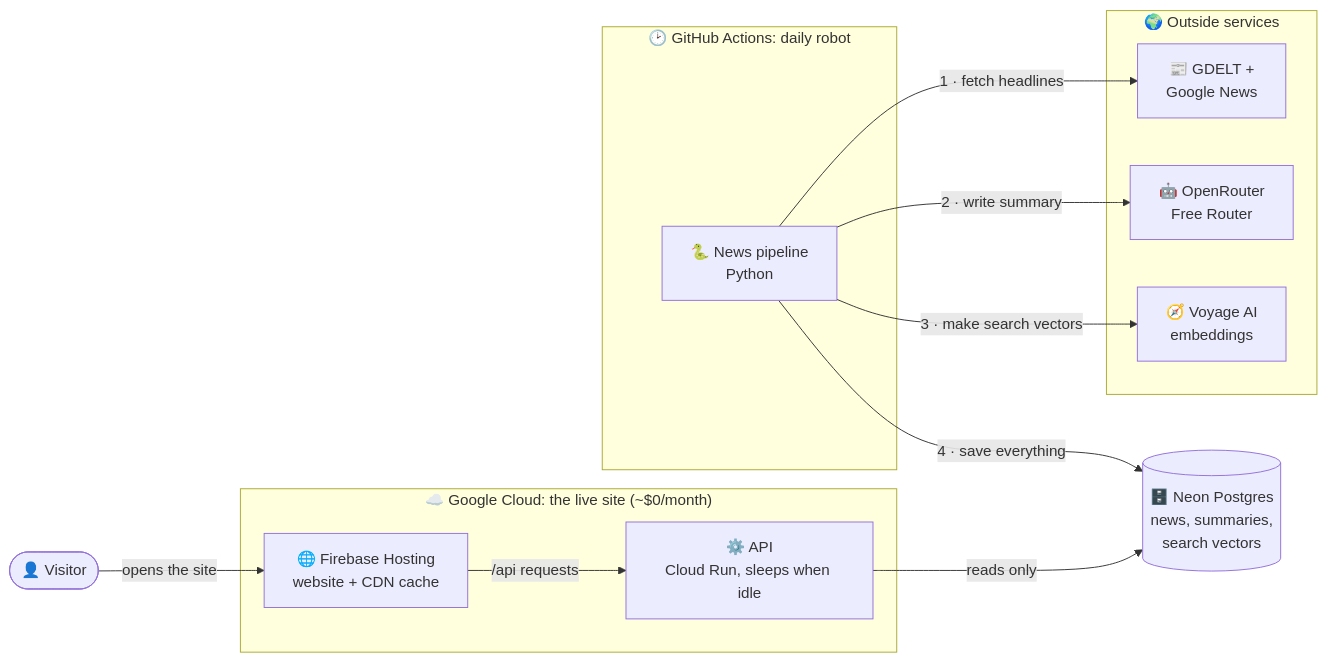
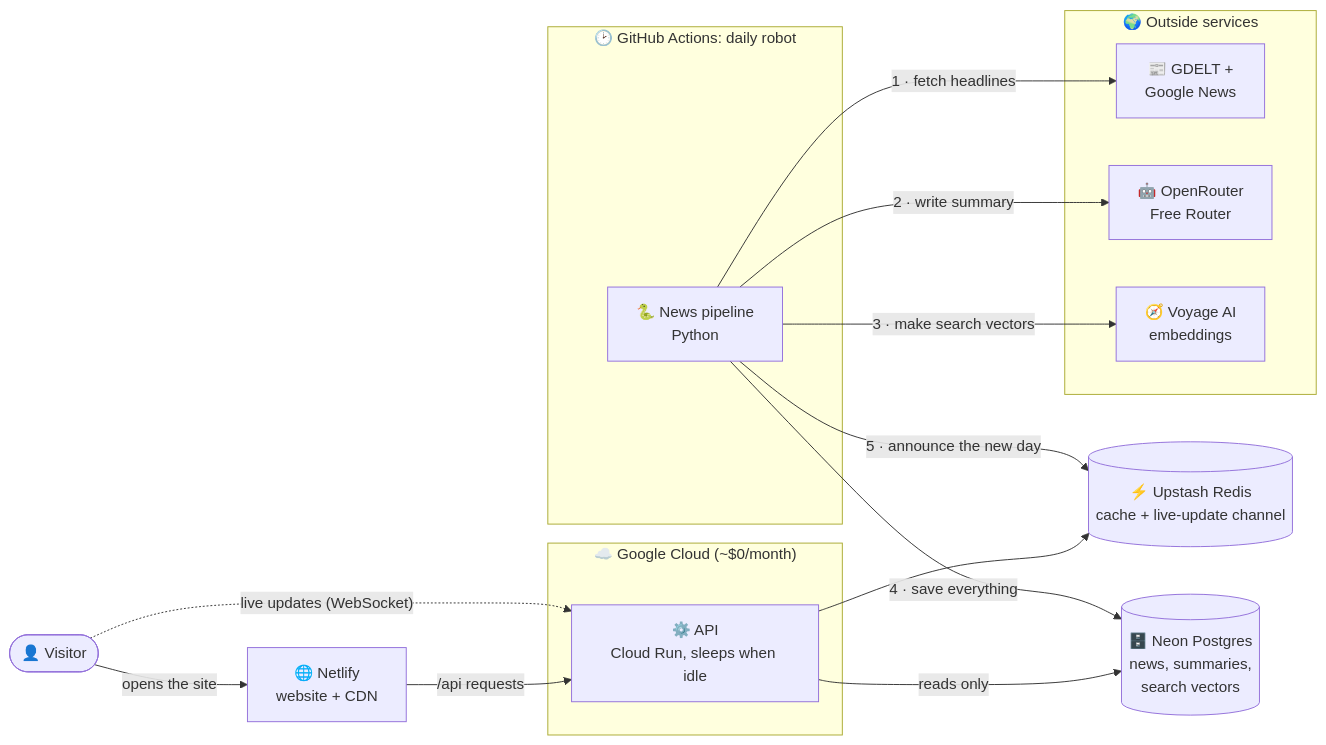
One commit to divij-pawar/trump-of-the-day changed the first of 5 diagrams in ARCHITECTURE.md. Above: the diagram before and after it, drawn with Mermaid. The commit also changed other lines of this file and 8 other files, not shown here.

Commit message:
Docs: Netlify, Cloud Run and Upstash deployment

````diff
--- a/ARCHITECTURE.md
+++ b/ARCHITECTURE.md
@@ -14,30 +14,36 @@
 ```mermaid
 flowchart LR
     visitor(["👤 Visitor"])
 
-    subgraph google["☁️ Google Cloud: the live site (~$0/month)"]
-        firebase["🌐 Firebase Hosting<br/>website + CDN cache"]
+    netlify["🌐 Netlify<br/>website + CDN"]
+
+    subgraph google["☁️ Google Cloud (~$0/month)"]
         api["⚙️ API<br/>Cloud Run, sleeps when idle"]
     end
+
+    redis[("⚡ Upstash Redis<br/>cache + live-update channel")]
 
     db[("🗄️ Neon Postgres<br/>news, summaries,<br/>search vectors")]
 
     subgraph daily["🕑 GitHub Actions: daily robot"]
         pipeline["🐍 News pipeline<br/>Python"]
     end
 
     subgraph outside["🌍 Outside services"]
         sources["📰 GDELT +<br/>Google News"]
         openrouter["🤖 OpenRouter<br/>Free Router"]
         voyage["🧭 Voyage AI<br/>embeddings"]
     end
 
-    visitor -->|"opens the site"| firebase
-    firebase -->|"/api requests"| api
+    visitor -->|"opens the site"| netlify
+    netlify -->|"/api requests"| api
+    visitor -.->|"live updates (WebSocket)"| api
+    api --> redis
     api -->|"reads only"| db
 
     pipeline -->|"1 · fetch headlines"| sources
     pipeline -->|"2 · write summary"| openrouter
     pipeline -->|"3 · make search vectors"| voyage
     pipeline -->|"4 · save everything"| db
+    pipeline -->|"5 · announce the new day"| redis
 ```
````
